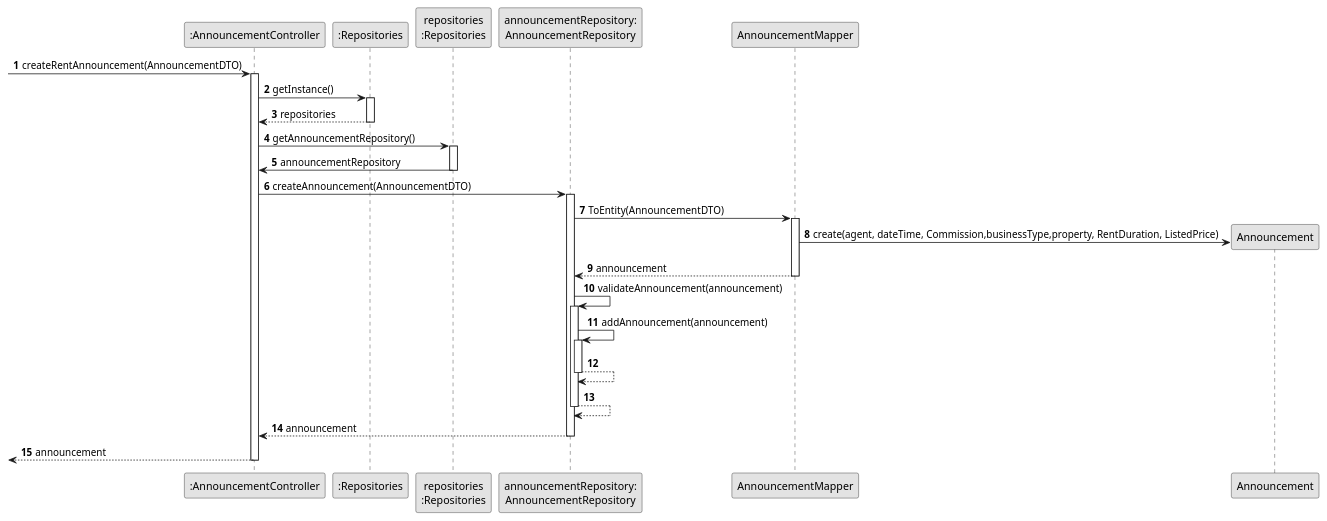
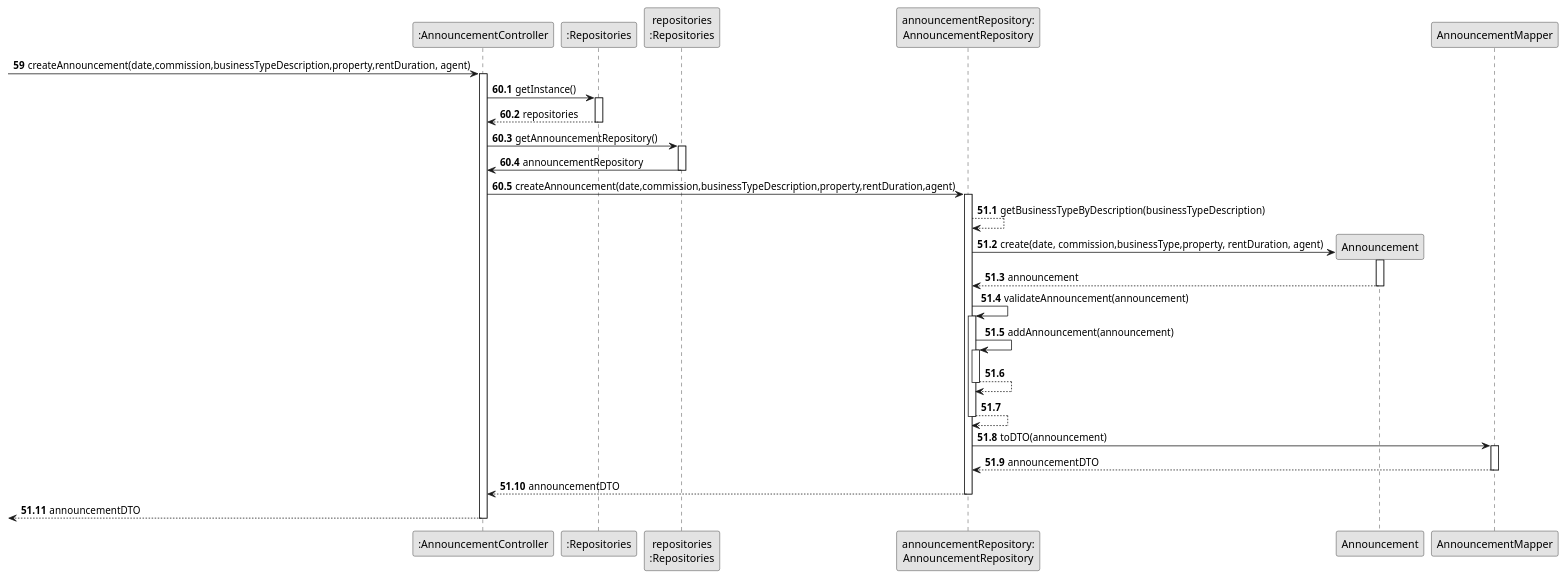
One commit to Shushizinho/RealEstateUSASystem changed the diagram in docs/sprintD/us002/03.design/puml/us002-sequence-diagram-partial-create-announcement-rent.puml. Above: the diagram before and after it, drawn with PlantUML. The commit also changed 28 other files, not shown here.

Commit message:
update US2 UI, Controller and SD (As an agent, I can publish any sale announcement on the system, for example received through a phone call.)

```diff
--- a/docs/sprintD/us002/03.design/puml/us002-sequence-diagram-partial-create-announcement-rent.puml
+++ b/docs/sprintD/us002/03.design/puml/us002-sequence-diagram-partial-create-announcement-rent.puml
@@ -1,75 +1,85 @@
 @startuml
 skinparam monochrome true
 skinparam packageStyle rectangle
 skinparam shadowing false
 
-autonumber
+autonumber 62
 
 'hide footbox
 participant ":AnnouncementController" as CTRL
+
 participant ":Repositories" as RepositorySingleton
 participant "repositories\n:Repositories" as PLAT
 participant "announcementRepository:\nAnnouncementRepository" as AR
+participant "Announcement" as AN
 participant "AnnouncementMapper" as AM
 
-participant "Announcement" as AN
+  autonumber 59
+     -> CTRL: createAnnouncement(date,commission,businessTypeDescription,property,rentDuration, agent)
 
-
-     -> CTRL: createRentAnnouncement(AnnouncementDTO)
      activate CTRL
 
 
+    autonumber 60.1
+         CTRL -> RepositorySingleton : getInstance()
+          activate RepositorySingleton
 
- CTRL -> RepositorySingleton : getInstance()
-                           activate RepositorySingleton
+          RepositorySingleton --> CTRL: repositories
+          deactivate RepositorySingleton
 
-        RepositorySingleton --> CTRL: repositories
-            deactivate RepositorySingleton
+     CTRL -> PLAT : getAnnouncementRepository()
+                  activate PLAT
 
-                           CTRL -> PLAT : getAnnouncementRepository()
-                           activate PLAT
+                   PLAT -> CTRL : announcementRepository
+                                   deactivate PLAT
 
-                            PLAT -> CTRL : announcementRepository
-                            deactivate PLAT
+               CTRL -> AR: createAnnouncement(date,commission,businessTypeDescription,property,rentDuration,agent)
+                 activate AR
+
+           autonumber 51.1
+                               AR --> AR :getBusinessTypeByDescription(businessTypeDescription)
+                               AR -> AN**: create(date, commission,businessType,property, rentDuration, agent)
+                               activate AN
+
+                               AN --> AR: announcement
+                               deactivate AN
 
 
 
+                               AR -> AR: validateAnnouncement(announcement)
+                               activate AR
+                                   AR -> AR: addAnnouncement(announcement)
+                                   activate AR
+                                       AR --> AR
+                                   deactivate AR
+                                   AR --> AR
 
-  CTRL -> AR: createAnnouncement(AnnouncementDTO)
-          activate AR
+                           deactivate AR
+
+                            AR -> AM: toDTO(announcement)
+                               activate AM
+
+                               AM--> AR : announcementDTO
+                               deactivate AM
 
 
+              AR --> CTRL: announcementDTO
 
-                     AR -> AM: ToEntity(AnnouncementDTO)
-                     activate AM
+              deactivate AR
 
 
-                      AM -> AN**: create(agent, dateTime, Commission,businessType,property, RentDuration, ListedPrice)
-                      AM --> AR: announcement
-                      deactivate AM
-
-
-                     AR -> AR: validateAnnouncement(announcement)
-                     activate AR
-                         AR -> AR: addAnnouncement(announcement)
-                         activate AR
-                             AR --> AR
-                         deactivate AR
-                         AR --> AR
-
-                 deactivate AR
+               <-- CTRL : announcementDTO
+              deactivate CTRL
 
 
 
 
 
-   CTRL <-- AR  : announcement
+    autonumber 61
 
 
-    deactivate AR
 
-    <-- CTRL  : announcement
-    deactivate CTRL
+
 
 
 @enduml
```
